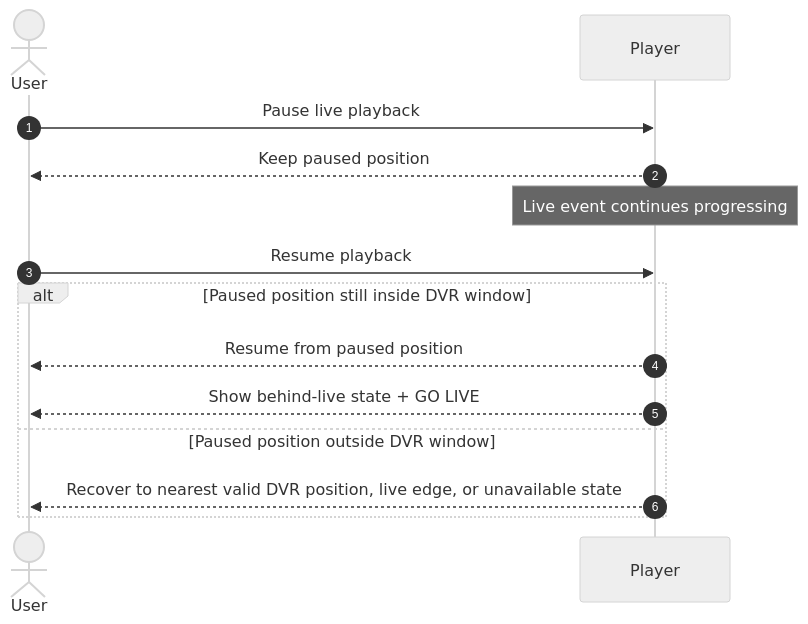
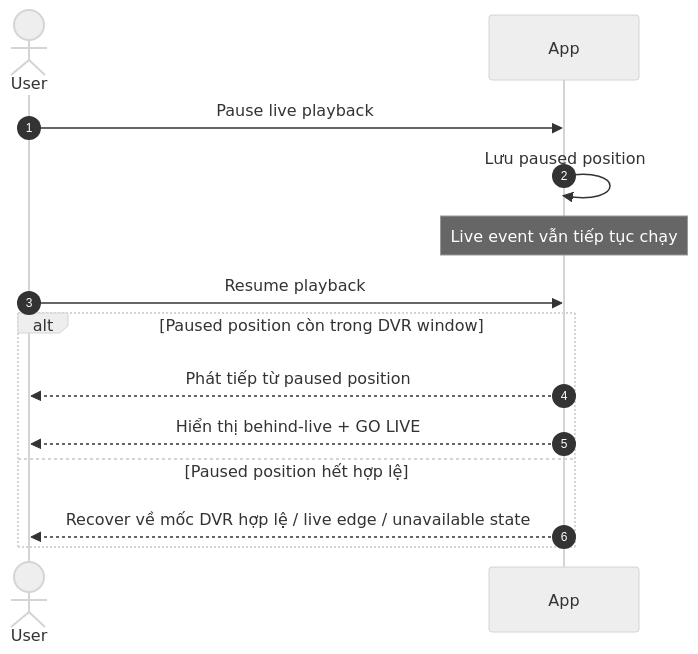
One commit to duongdang1136/FPTPLay changed the third of 5 diagrams in features/final-docs/Event/Timeshift-Seek/timeshift-seek-functional-requirements.md. Above: the diagram before and after it, drawn with Mermaid (neutral theme). The commit also changed other lines of this file and 5 other files, not shown here.

````diff
--- a/features/final-docs/Event/Timeshift-Seek/timeshift-seek-functional-requirements.md
+++ b/features/final-docs/Event/Timeshift-Seek/timeshift-seek-functional-requirements.md
@@ -272,18 +288,19 @@
 ```mermaid
 sequenceDiagram
     autonumber
-    actor User
-    participant Player
 
-    User->>Player: Pause live playback
-    Player-->>User: Keep paused position
-    Note over Player: Live event continues progressing
-    User->>Player: Resume playback
+    actor User as User
+    participant App
 
-    alt Paused position still inside DVR window
-        Player-->>User: Resume from paused position
-        Player-->>User: Show behind-live state + GO LIVE
-    else Paused position outside DVR window
-        Player-->>User: Recover to nearest valid DVR position, live edge, or unavailable state
+    User->>App: Pause live playback
+    App->>App: Lưu paused position
+    Note over App: Live event vẫn tiếp tục chạy
+    User->>App: Resume playback
+
+    alt Paused position còn trong DVR window
+        App-->>User: Phát tiếp từ paused position
+        App-->>User: Hiển thị behind-live + GO LIVE
+    else Paused position hết hợp lệ
+        App-->>User: Recover về mốc DVR hợp lệ / live edge / unavailable state
     end
 ```
````
